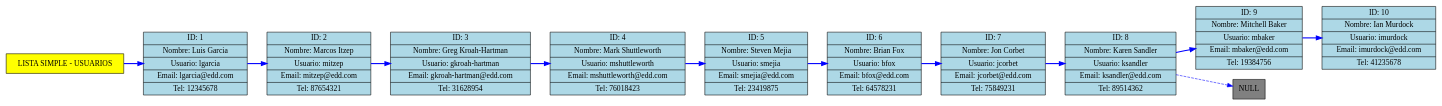
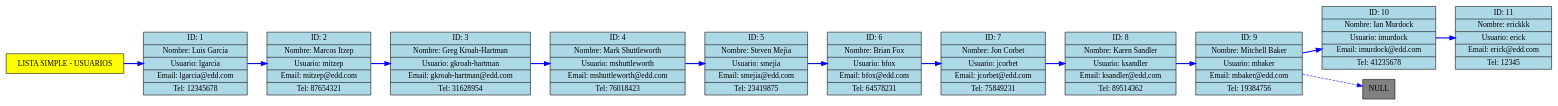
One commit to angelcard132/EDD_FASE1_202304063 changed the diagram in Fase1/graficos/usuarios/usuarios_usuario.dot. Above: the diagram before and after it, drawn with Graphviz. The commit also changed 75 other files, not shown here.

```diff
--- a/Fase1/graficos/usuarios/usuarios_usuario.dot
+++ b/Fase1/graficos/usuarios/usuarios_usuario.dot
@@ -1,33 +1,35 @@
 digraph ListaUsuarios {
   rankdir=LR;
   node [shape=record, style=filled, fillcolor=lightblue];
   edge [color=blue, style=bold];
 
   // Título
   titulo [label="LISTA SIMPLE - USUARIOS", shape=box, style=filled, fillcolor=yellow];
 
   usuario0 [label="ID: 1|Nombre: Luis Garcia|Usuario: lgarcia|Email: lgarcia@edd.com|Tel: 12345678"];
   usuario1 [label="ID: 2|Nombre: Marcos Itzep|Usuario: mitzep|Email: mitzep@edd.com|Tel: 87654321"];
   usuario2 [label="ID: 3|Nombre: Greg Kroah-Hartman|Usuario: gkroah-hartman|Email: gkroah-hartman@edd.com|Tel: 31628954"];
   usuario3 [label="ID: 4|Nombre: Mark Shuttleworth|Usuario: mshuttleworth|Email: mshuttleworth@edd.com|Tel: 76018423"];
   usuario4 [label="ID: 5|Nombre: Steven Mejia|Usuario: smejia|Email: smejia@edd.com|Tel: 23419875"];
   usuario5 [label="ID: 6|Nombre: Brian Fox|Usuario: bfox|Email: bfox@edd.com|Tel: 64578231"];
   usuario6 [label="ID: 7|Nombre: Jon Corbet|Usuario: jcorbet|Email: jcorbet@edd.com|Tel: 75849231"];
   usuario7 [label="ID: 8|Nombre: Karen Sandler|Usuario: ksandler|Email: ksandler@edd.com|Tel: 89514362"];
   usuario8 [label="ID: 9|Nombre: Mitchell Baker|Usuario: mbaker|Email: mbaker@edd.com|Tel: 19384756"];
   usuario9 [label="ID: 10|Nombre: Ian Murdock|Usuario: imurdock|Email: imurdock@edd.com|Tel: 41235678"];
+  usuario10 [label="ID: 11|Nombre: erickkk|Usuario: erick|Email: erick@edd.com|Tel: 12345"];
 
   // Conexiones
   titulo -> usuario0;
   usuario0 -> usuario1;
   usuario1 -> usuario2;
   usuario2 -> usuario3;
   usuario3 -> usuario4;
   usuario4 -> usuario5;
   usuario5 -> usuario6;
   usuario6 -> usuario7;
   usuario7 -> usuario8;
   usuario8 -> usuario9;
-  usuario7 -> null [style=dashed];
+  usuario9 -> usuario10;
+  usuario8 -> null [style=dashed];
   null [label="NULL", shape=box, style=filled, fillcolor=gray];
 }
```
